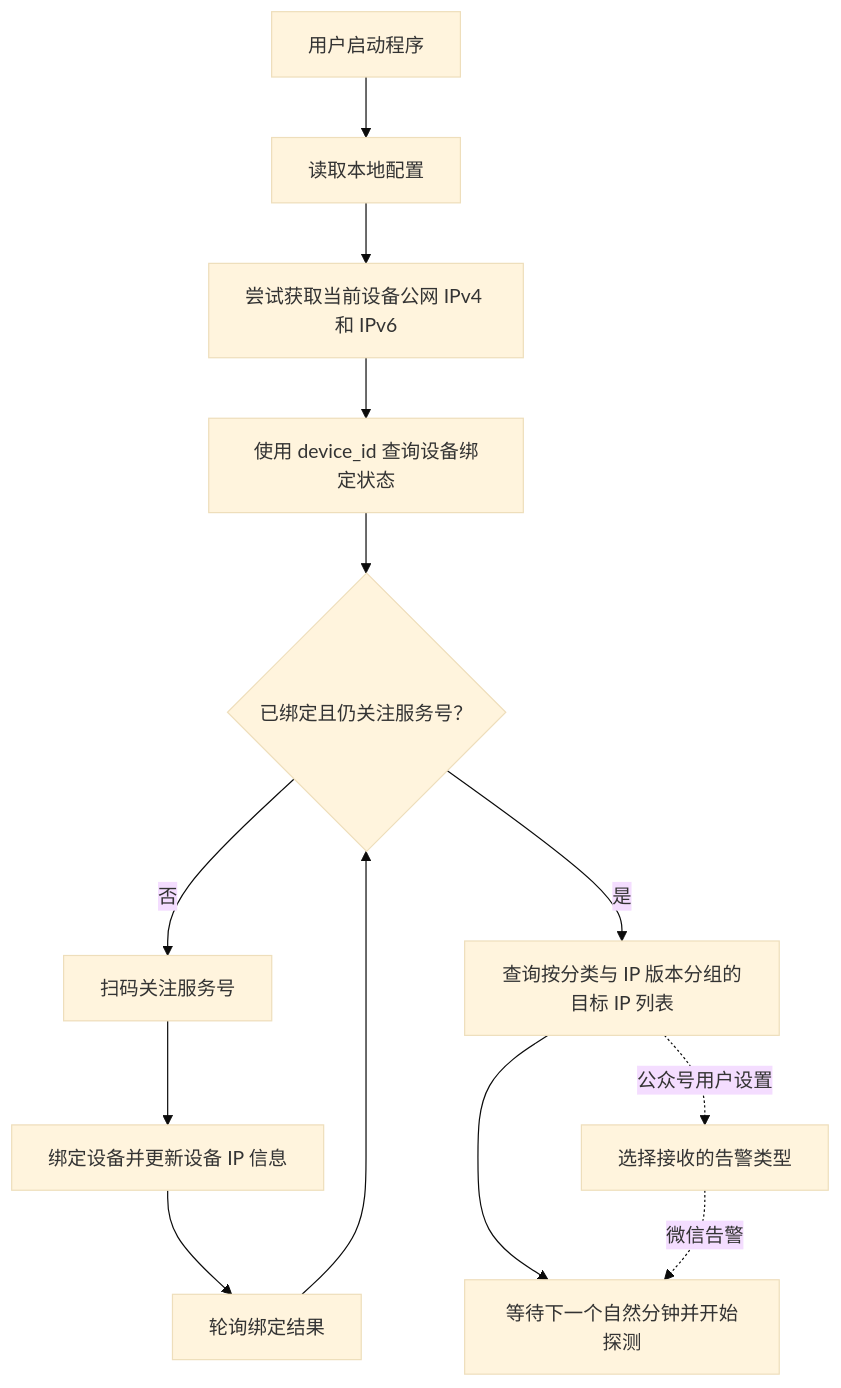
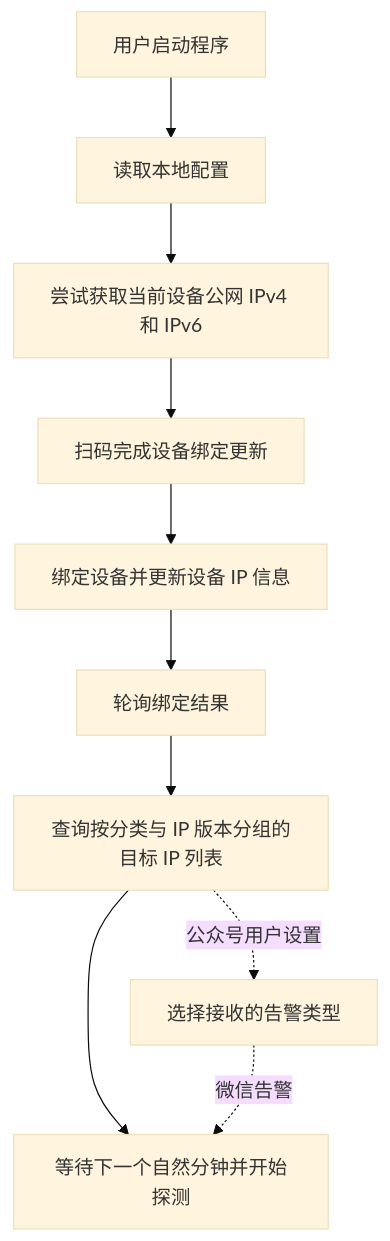
One commit to liyinred/NetPulse-xiaohe changed the second of 3 diagrams in docs/system-design.md. Above: the diagram before and after it, drawn with Mermaid (base theme). The commit also changed other lines of this file and 16 other files, not shown here.

````diff
--- a/docs/system-design.md
+++ b/docs/system-design.md
@@ -109,15 +109,12 @@
 ```mermaid
 flowchart TD
     Start["用户启动程序"] --> Config["读取本地配置"]
     Config --> PublicIP["尝试获取当前设备公网 IPv4 和 IPv6"]
-    PublicIP --> Status["使用 device_id 查询设备绑定状态"]
-    Status --> Bound{"已绑定且仍关注服务号？"}
-    Bound -- 否 --> QR["扫码关注服务号"]
+    PublicIP --> QR["扫码完成设备绑定更新"]
     QR --> BindUpdate["绑定设备并更新设备 IP 信息"]
     BindUpdate --> Poll["轮询绑定结果"]
-    Poll --> Bound
-    Bound -- 是 --> Target["查询按分类与 IP 版本分组的目标 IP 列表"]
+    Poll --> Target["查询按分类与 IP 版本分组的目标 IP 列表"]
     Target --> Monitor["等待下一个自然分钟并开始探测"]
     Target -. "公众号用户设置" .-> AlertType["选择接收的告警类型"]
     AlertType -. "微信告警" .-> Monitor
 ```
````
